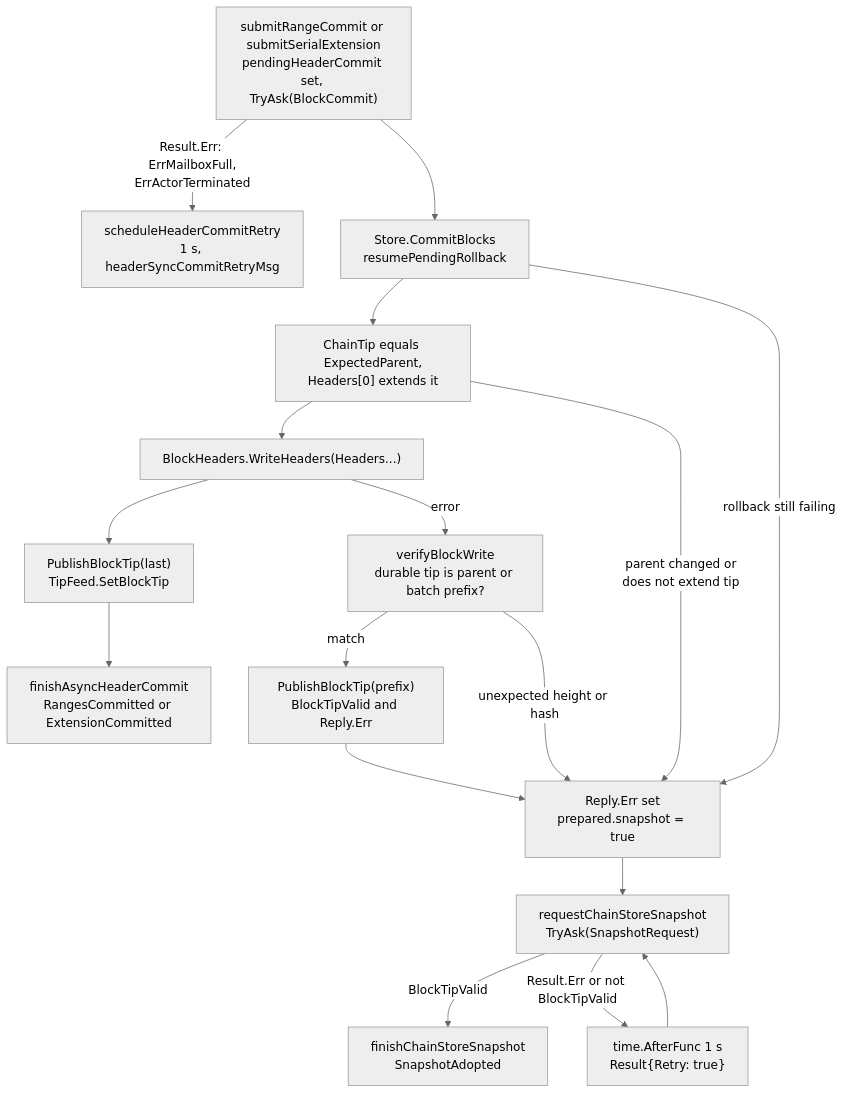
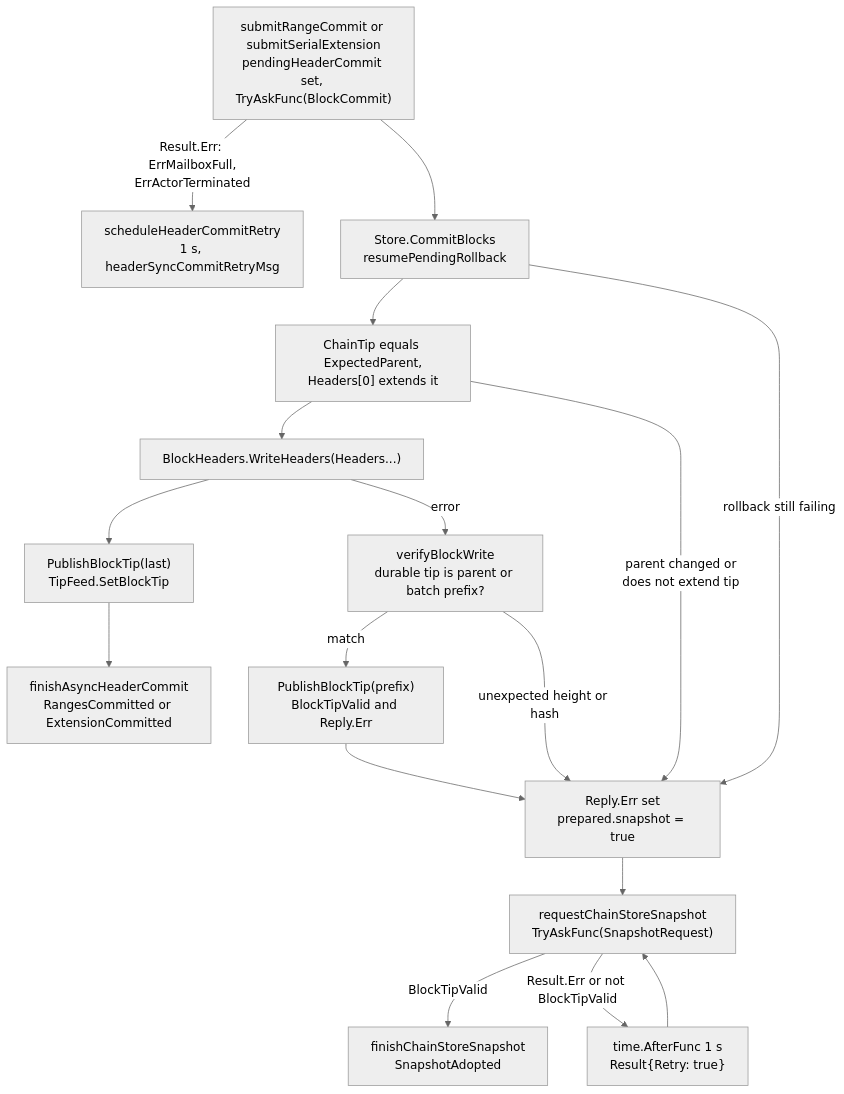
The third of 6 diagrams in docs/chainstore-architecture.md (lightninglabs/neutrino), drawn with Mermaid (neutral theme) before and after one commit. The commit also changed other lines of this file and 16 other files, not shown here.

````diff
--- a/docs/chainstore-architecture.md
+++ b/docs/chainstore-architecture.md
@@ -181,27 +180,27 @@
 ```mermaid
 flowchart TB
-    sub["submitRangeCommit or submitSerialExtension<br/>pendingHeaderCommit set, TryAsk(BlockCommit)"]
+    sub["submitRangeCommit or submitSerialExtension<br/>pendingHeaderCommit set, TryAskFunc(BlockCommit)"]
     resume["Store.CommitBlocks<br/>resumePendingRollback"]
     check["ChainTip equals ExpectedParent,<br/>Headers[0] extends it"]
     write["BlockHeaders.WriteHeaders(Headers...)"]
     pub["PublishBlockTip(last)<br/>TipFeed.SetBlockTip"]
     done["finishAsyncHeaderCommit<br/>RangesCommitted or ExtensionCommitted"]
     verify["verifyBlockWrite<br/>durable tip is parent or batch prefix?"]
     pubp["PublishBlockTip(prefix)<br/>BlockTipValid and Reply.Err"]
     rerr["Reply.Err set<br/>prepared.snapshot = true"]
-    snap["requestChainStoreSnapshot<br/>TryAsk(SnapshotRequest)"]
+    snap["requestChainStoreSnapshot<br/>TryAskFunc(SnapshotRequest)"]
     adopt["finishChainStoreSnapshot<br/>SnapshotAdopted"]
     retry["scheduleHeaderCommitRetry<br/>1 s, headerSyncCommitRetryMsg"]
     sretry["time.AfterFunc 1 s<br/>Result{Retry: true}"]
 
     sub -- "Result.Err: ErrMailboxFull,<br/>ErrActorTerminated" --> retry
     sub --> resume --> check --> write --> pub --> done
     resume -- "rollback still failing" --> rerr
     check -- "parent changed or<br/>does not extend tip" --> rerr
     write -- "error" --> verify
     verify -- "match" --> pubp --> rerr
     verify -- "unexpected height or hash" --> rerr
     rerr --> snap
     snap -- "BlockTipValid" --> adopt
     snap -- "Result.Err or not BlockTipValid" --> sretry --> snap
 ```
````
